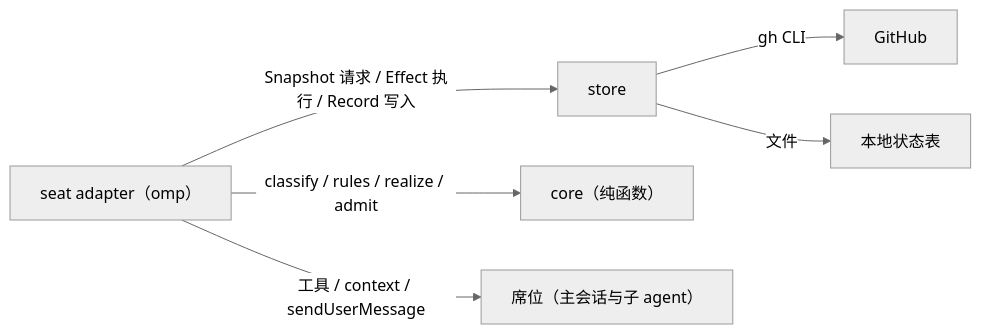
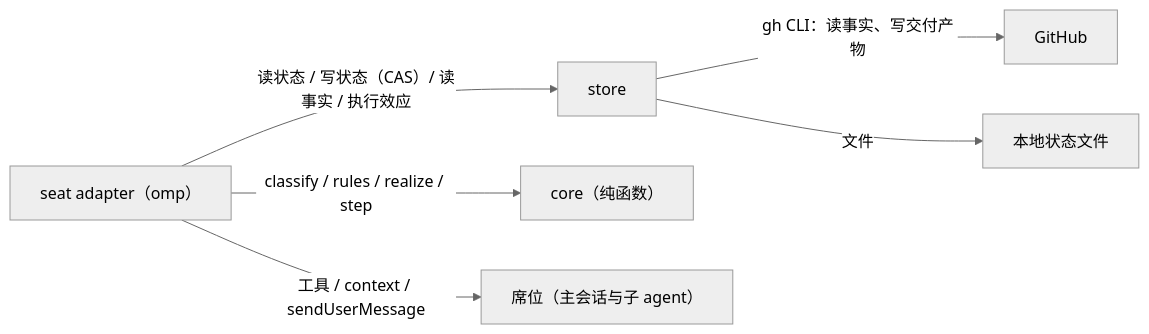
The diagram in docs/design/omp-roundtable.md (mouriya-s-lab/omp-roundtable), drawn with Mermaid (neutral theme) before and after one commit. The commit also changed other lines of this file and 52 other files, not shown here.

````diff
--- a/docs/design/omp-roundtable.md
+++ b/docs/design/omp-roundtable.md
@@ -132,8 +137,8 @@
 ```mermaid
 flowchart LR
-  SA["seat adapter（omp）"] -->|"Snapshot 请求 / Effect 执行 / Record 写入"| ST["store"]
-  SA -->|"classify / rules / realize / admit"| CO["core（纯函数）"]
-  ST -->|"gh CLI"| GH["GitHub"]
-  ST -->|"文件"| LO["本地状态表"]
+  SA["seat adapter（omp）"] -->|"读状态 / 写状态（CAS）/ 读事实 / 执行效应"| ST["store"]
+  SA -->|"classify / rules / realize / step"| CO["core（纯函数）"]
+  ST -->|"gh CLI：读事实、写交付产物"| GH["GitHub"]
+  ST -->|"文件"| LO["本地状态文件"]
   SA -->|"工具 / context / sendUserMessage"| SEATS["席位（主会话与子 agent）"]
 ```
````
